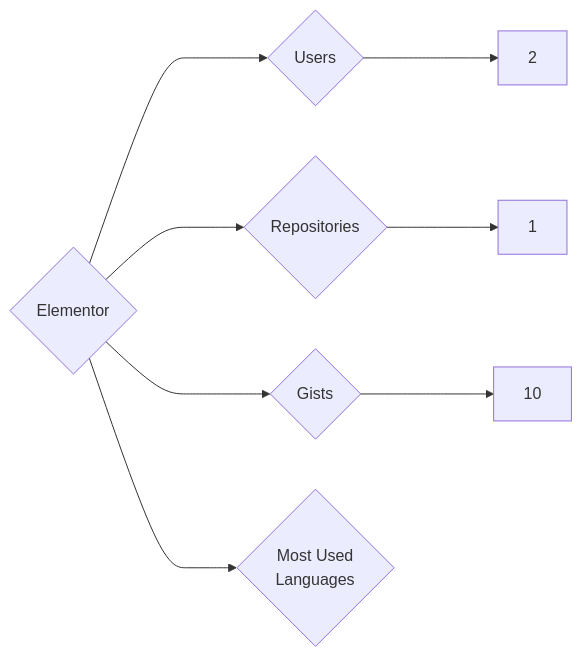
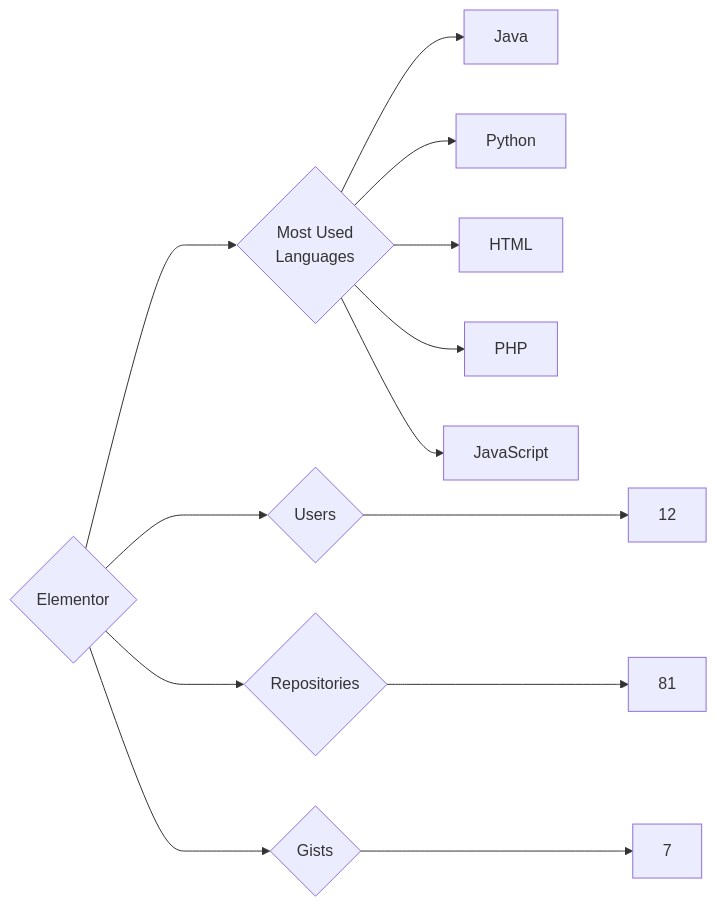
One commit to trickest/insiders changed the diagram in targets/Elementor/README.md. Above: the diagram before and after it, drawn with Mermaid. The commit also changed 873 other files, not shown here.

````diff
--- a/targets/Elementor/README.md
+++ b/targets/Elementor/README.md
@@ -3,8 +3,13 @@
 ```mermaid
 graph LR
 COMPANY_NAME{Elementor}
-COMPANY_NAME ---> U{Users} ---> UN[2]
-COMPANY_NAME ---> R{Repositories} ---> RN[1]
-COMPANY_NAME ---> G{Gists} ---> GN[10]
+COMPANY_NAME ---> U{Users} ---> UN[12]
+COMPANY_NAME ---> R{Repositories} ---> RN[81]
+COMPANY_NAME ---> G{Gists} ---> GN[7]
 COMPANY_NAME ---> ML{Most Used<br>Languages}
+ML --> Java[Java]
+ML --> Python[Python]
+ML --> HTML[HTML]
+ML --> PHP[PHP]
+ML --> JavaScript[JavaScript]
 ```
````
